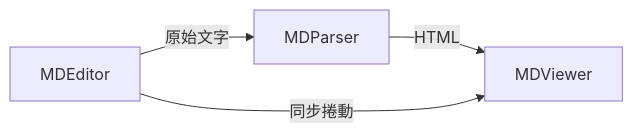
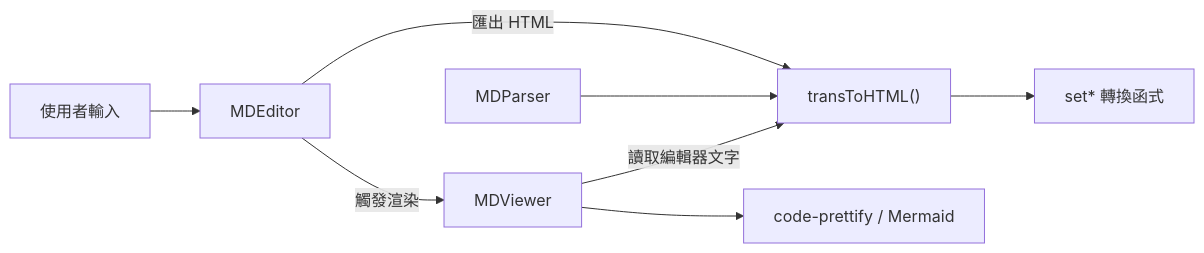
The diagram in doc/README.zh.md (pardnchiu/NanoMD), drawn with Mermaid before and after one commit. The commit also changed other lines of this file and 8 other files, not shown here.

````diff
--- a/doc/README.zh.md
+++ b/doc/README.zh.md
@@ -87,6 +41,10 @@
 ```mermaid
 graph LR
-    A[MDEditor] -->|原始文字| B[MDParser]
-    B -->|HTML| C[MDViewer]
-    A -->|同步捲動| C
+    User[使用者輸入] --> Editor[MDEditor]
+    Editor -->|觸發渲染| Viewer[MDViewer]
+    Viewer -->|讀取編輯器文字| Trans["transToHTML()"]
+    Parser[MDParser] --> Trans
+    Editor -->|匯出 HTML| Trans
+    Trans --> Funcs[set* 轉換函式]
+    Viewer --> Runtime[code-prettify / Mermaid]
 ```
````
